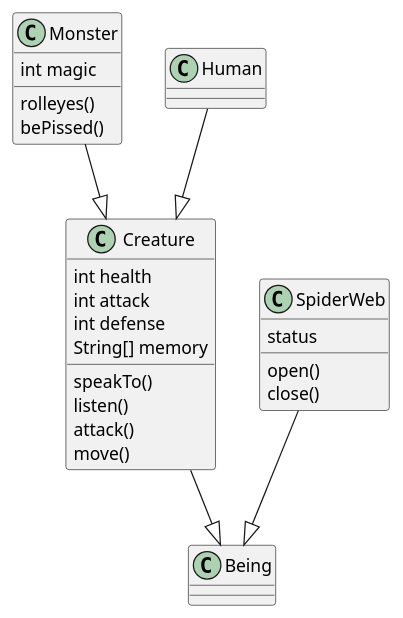
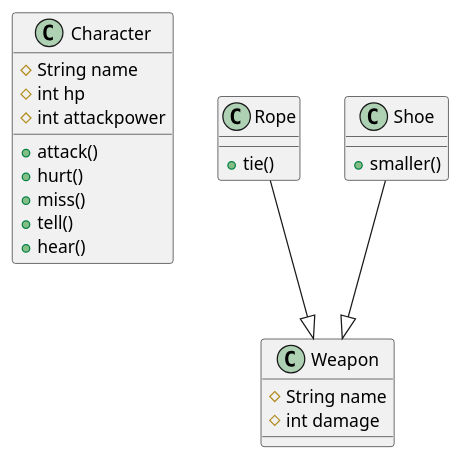
Before and after one commit to jwork-2021-attic/jw01-kiaye: the diagram in uml/characters.pu, drawn with PlantUML. The commit also changed 6 other files, not shown here.

```diff
--- a/uml/characters.pu
+++ b/uml/characters.pu
@@ -1,39 +1,24 @@
-@startuml
-
-class Being
-
-class Creature {
-
-    int health
-    int attack
-    int defense
-    String[] memory
-
-    speakTo()
-    listen()
-    attack()
-    move()
+@startuml characters
+class Character{
+#String name
+#int hp
+#int attackpower
++attack()
++hurt()
++miss()
++tell()
++hear()
 }
-
-class SpiderWeb{
-    status
-    open()
-    close()
+class Weapon{
+#String name
+#int damage
 }
-
-class Monster{
-    int magic
-    rolleyes()
-    bePissed()
+class Rope{
++tie()
 }
-
-Creature --|> Being
-
-
-Human --|> Creature
-
-Monster --|> Creature
-
-SpiderWeb --|> Being
-
+class Shoe{
++smaller()
+}
+Rope --|> Weapon
+Shoe --|> Weapon
 @enduml
```
